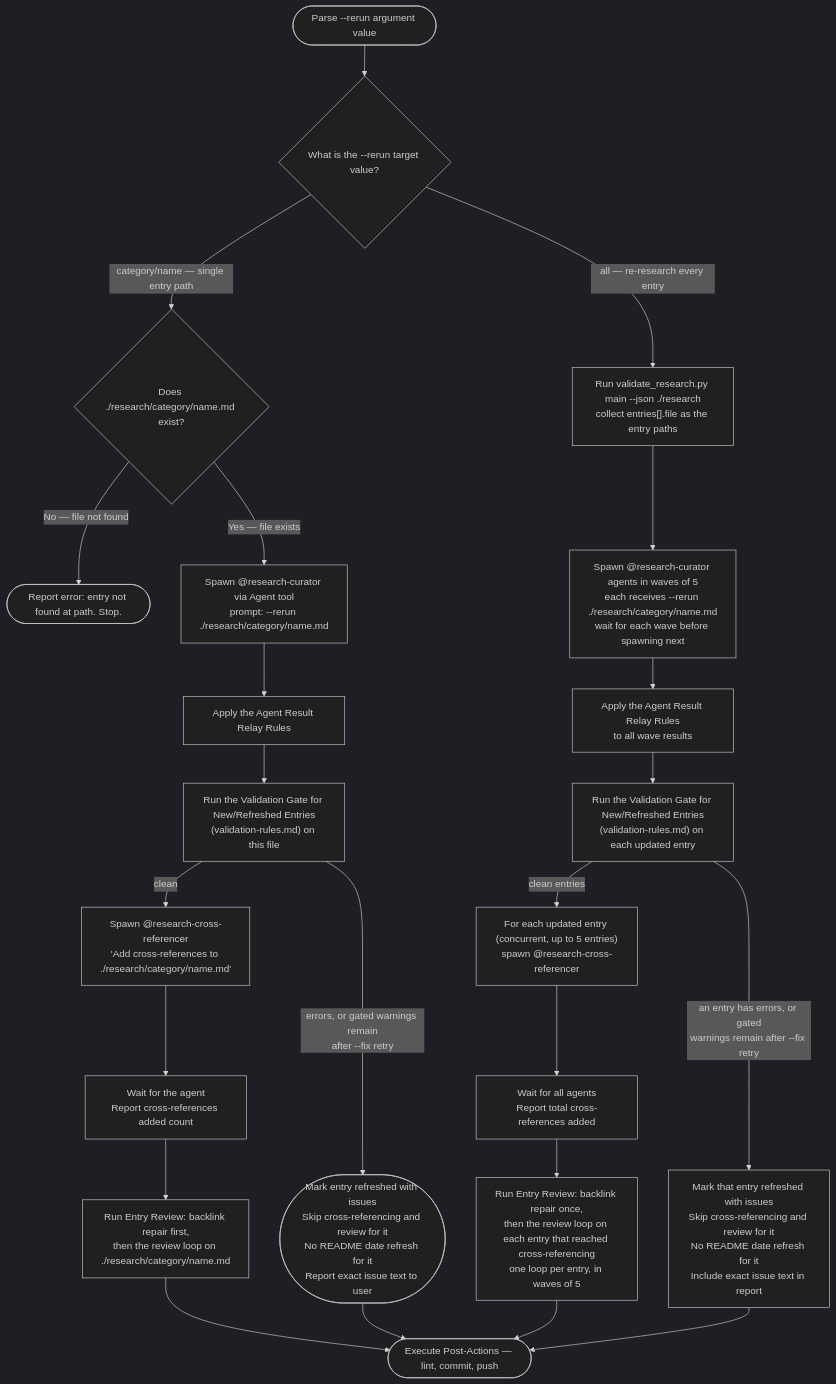
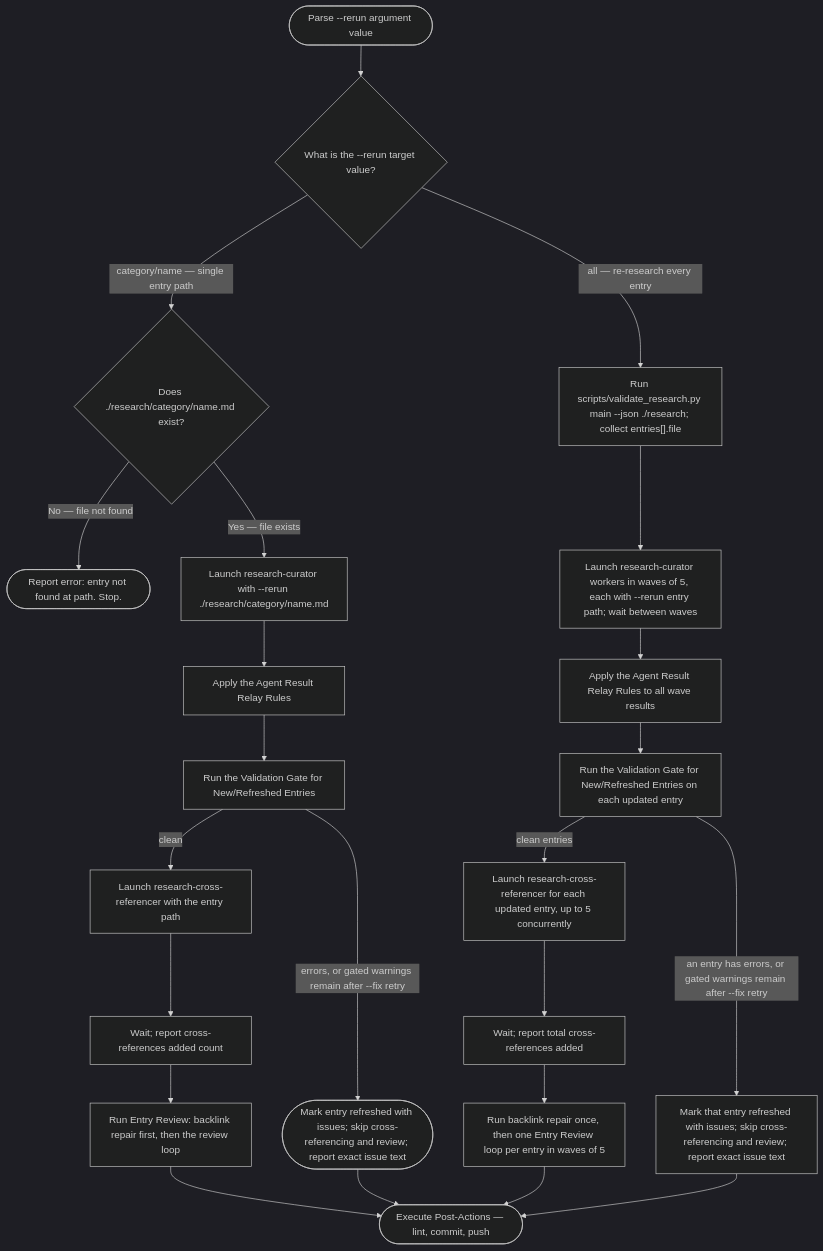
One commit to Jamie-BitFlight/claude_skills changed the second of 4 diagrams in .claude/skills/research-curator/SKILL.md. Above: the diagram before and after it, drawn with Mermaid (dark theme). The commit also changed other lines of this file and 11 other files, not shown here.

Commit message:
fix(research): repair native workflows

````diff
--- a/.claude/skills/research-curator/SKILL.md
+++ b/.claude/skills/research-curator/SKILL.md
@@ -163,25 +160,25 @@
 ```mermaid
 flowchart TD
     Start(["Parse --rerun argument value"]) --> Q{"What is the --rerun target value?"}
     Q -->|"category/name — single entry path"| VerifyFile{"Does ./research/category/name.md exist?"}
-    Q -->|"all — re-research every entry"| FindAll["Run validate_research.py main --json ./research<br>collect entries[].file as the entry paths"]
+    Q -->|"all — re-research every entry"| FindAll["Run scripts/validate_research.py main --json ./research; collect entries[].file"]
     VerifyFile -->|"No — file not found"| Missing(["Report error: entry not found at path. Stop."])
-    VerifyFile -->|"Yes — file exists"| Spawn1["Spawn @research-curator via Agent tool<br>prompt: --rerun ./research/category/name.md"]
+    VerifyFile -->|"Yes — file exists"| Spawn1["Launch research-curator with --rerun ./research/category/name.md"]
     Spawn1 --> RelayCheck1["Apply the Agent Result Relay Rules"]
-    RelayCheck1 --> Validate1["Run the Validation Gate for New/Refreshed Entries<br>(validation-rules.md) on this file"]
-    Validate1 -->|"errors, or gated warnings remain<br>after --fix retry"| Issues1(["Mark entry refreshed with issues<br>Skip cross-referencing and review for it<br>No README date refresh for it<br>Report exact issue text to user"])
-    Validate1 -->|"clean"| SpawnXref1["Spawn @research-cross-referencer<br>'Add cross-references to ./research/category/name.md'"]
-    FindAll --> WaveSpawn["Spawn @research-curator agents in waves of 5<br>each receives --rerun ./research/category/name.md<br>wait for each wave before spawning next"]
-    WaveSpawn --> RelayCheck2["Apply the Agent Result Relay Rules<br>to all wave results"]
-    RelayCheck2 --> ValidateN["Run the Validation Gate for New/Refreshed Entries<br>(validation-rules.md) on each updated entry"]
-    ValidateN -->|"an entry has errors, or gated<br>warnings remain after --fix retry"| IssuesN["Mark that entry refreshed with issues<br>Skip cross-referencing and review for it<br>No README date refresh for it<br>Include exact issue text in report"]
-    ValidateN -->|"clean entries"| SpawnXrefN["For each updated entry (concurrent, up to 5 entries)<br>spawn @research-cross-referencer"]
-    SpawnXref1 --> WaitXref1["Wait for the agent<br>Report cross-references added count"]
-    WaitXref1 --> Review1["Run Entry Review: backlink repair first,<br>then the review loop on ./research/category/name.md"]
+    RelayCheck1 --> Validate1["Run the Validation Gate for New/Refreshed Entries"]
+    Validate1 -->|"errors, or gated warnings remain after --fix retry"| Issues1(["Mark entry refreshed with issues; skip cross-referencing and review; report exact issue text"])
+    Validate1 -->|"clean"| SpawnXref1["Launch research-cross-referencer with the entry path"]
+    FindAll --> WaveSpawn["Launch research-curator workers in waves of 5, each with --rerun entry path; wait between waves"]
+    WaveSpawn --> RelayCheck2["Apply the Agent Result Relay Rules to all wave results"]
+    RelayCheck2 --> ValidateN["Run the Validation Gate for New/Refreshed Entries on each updated entry"]
+    ValidateN -->|"an entry has errors, or gated warnings remain after --fix retry"| IssuesN["Mark that entry refreshed with issues; skip cross-referencing and review; report exact issue text"]
+    ValidateN -->|"clean entries"| SpawnXrefN["Launch research-cross-referencer for each updated entry, up to 5 concurrently"]
+    SpawnXref1 --> WaitXref1["Wait; report cross-references added count"]
+    WaitXref1 --> Review1["Run Entry Review: backlink repair first, then the review loop"]
     Review1 --> PostActions(["Execute Post-Actions — lint, commit, push"])
     Issues1 --> PostActions
-    SpawnXrefN --> WaitXrefN["Wait for all agents<br>Report total cross-references added"]
-    WaitXrefN --> ReviewN["Run Entry Review: backlink repair once,<br>then the review loop on each entry that reached cross-referencing<br>one loop per entry, in waves of 5"]
+    SpawnXrefN --> WaitXrefN["Wait; report total cross-references added"]
+    WaitXrefN --> ReviewN["Run backlink repair once, then one Entry Review loop per entry in waves of 5"]
     ReviewN --> PostActions
     IssuesN --> PostActions
 ```
````
